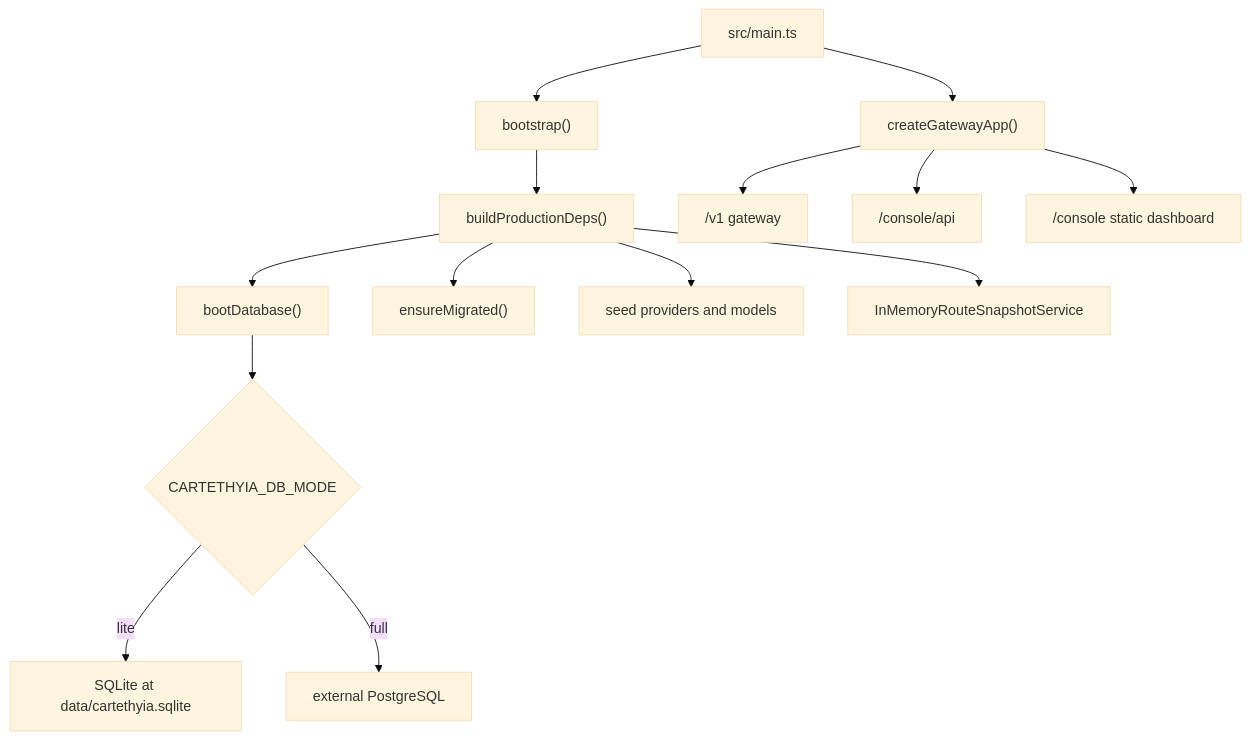
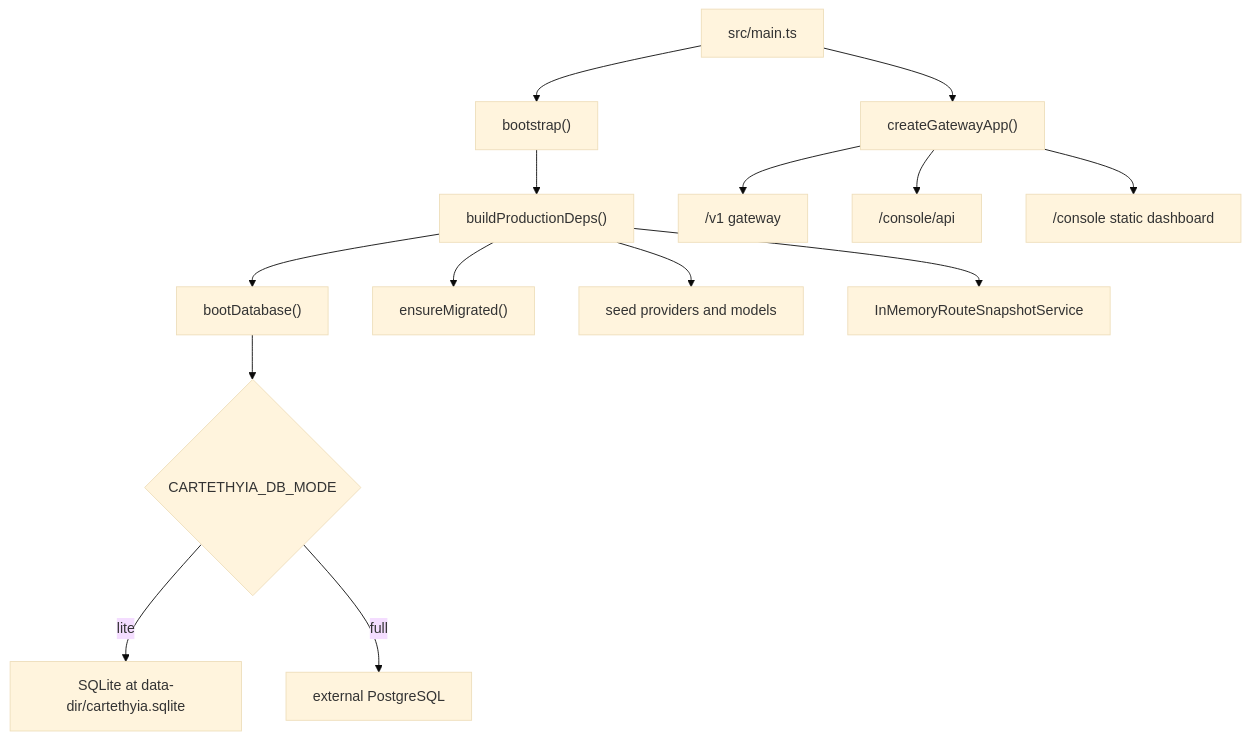
The first of 4 diagrams in documentation/reference/architecture.md (Khimsaja/cartethyia-custom), drawn with Mermaid (base theme) before and after one commit. The commit also changed other lines of this file and 6 other files, not shown here.

````diff
--- a/documentation/reference/architecture.md
+++ b/documentation/reference/architecture.md
@@ -13,16 +13,16 @@
 ```mermaid
 flowchart TD
   main["src/main.ts"] --> boot["bootstrap()"]
   boot --> deps["buildProductionDeps()"]
   deps --> db["bootDatabase()"]
   db --> lite{"CARTETHYIA_DB_MODE"}
-  lite -->|lite| sqlite["SQLite at data/cartethyia.sqlite"]
+  lite -->|lite| sqlite["SQLite at data-dir/cartethyia.sqlite"]
   lite -->|full| pg["external PostgreSQL"]
   deps --> migrate["ensureMigrated()"]
   deps --> seed["seed providers and models"]
   deps --> snap["InMemoryRouteSnapshotService"]
   main --> app["createGatewayApp()"]
   app --> gw["/v1 gateway"]
   app --> api["/console/api"]
   app --> ui["/console static dashboard"]
 ```
````
